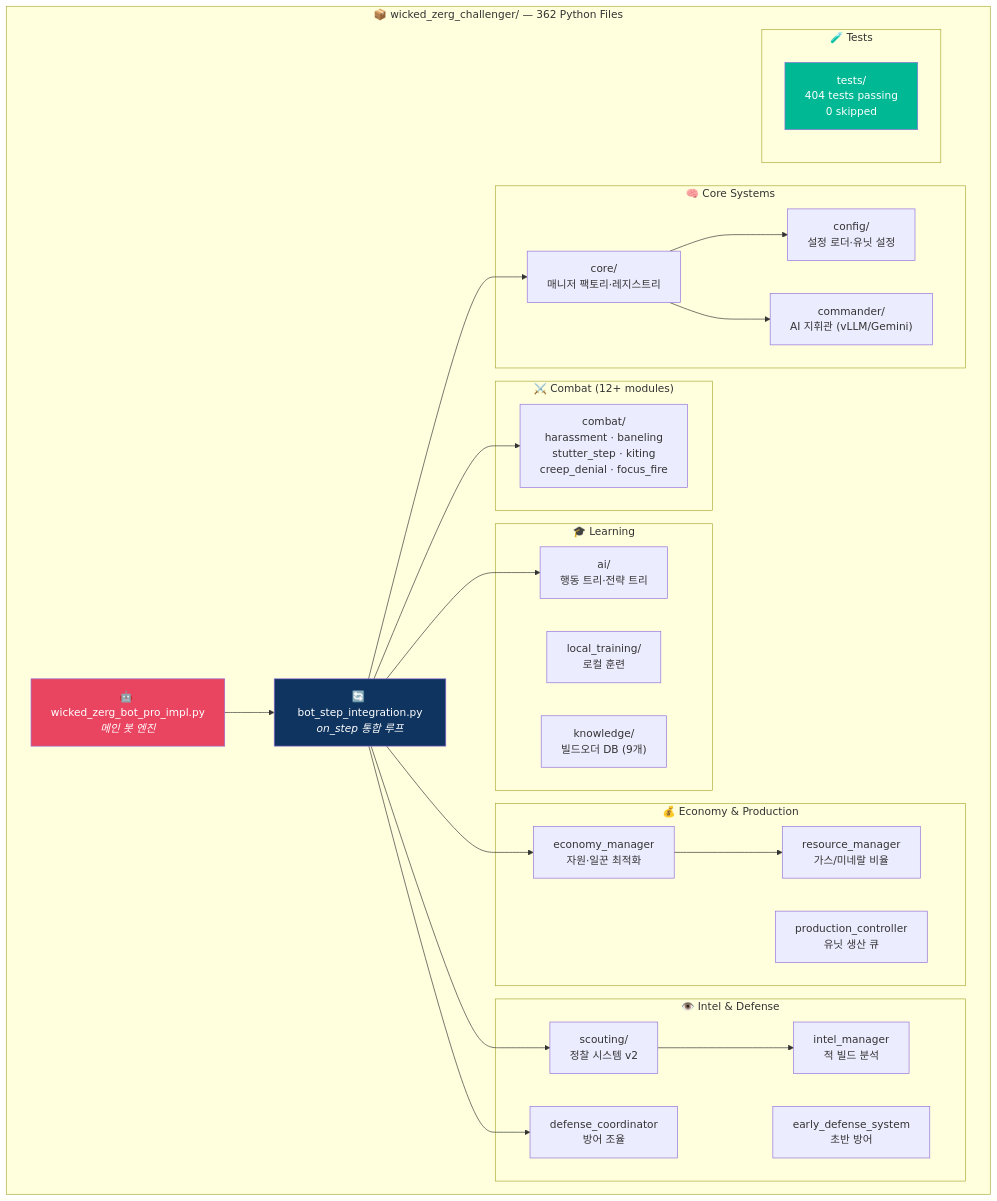
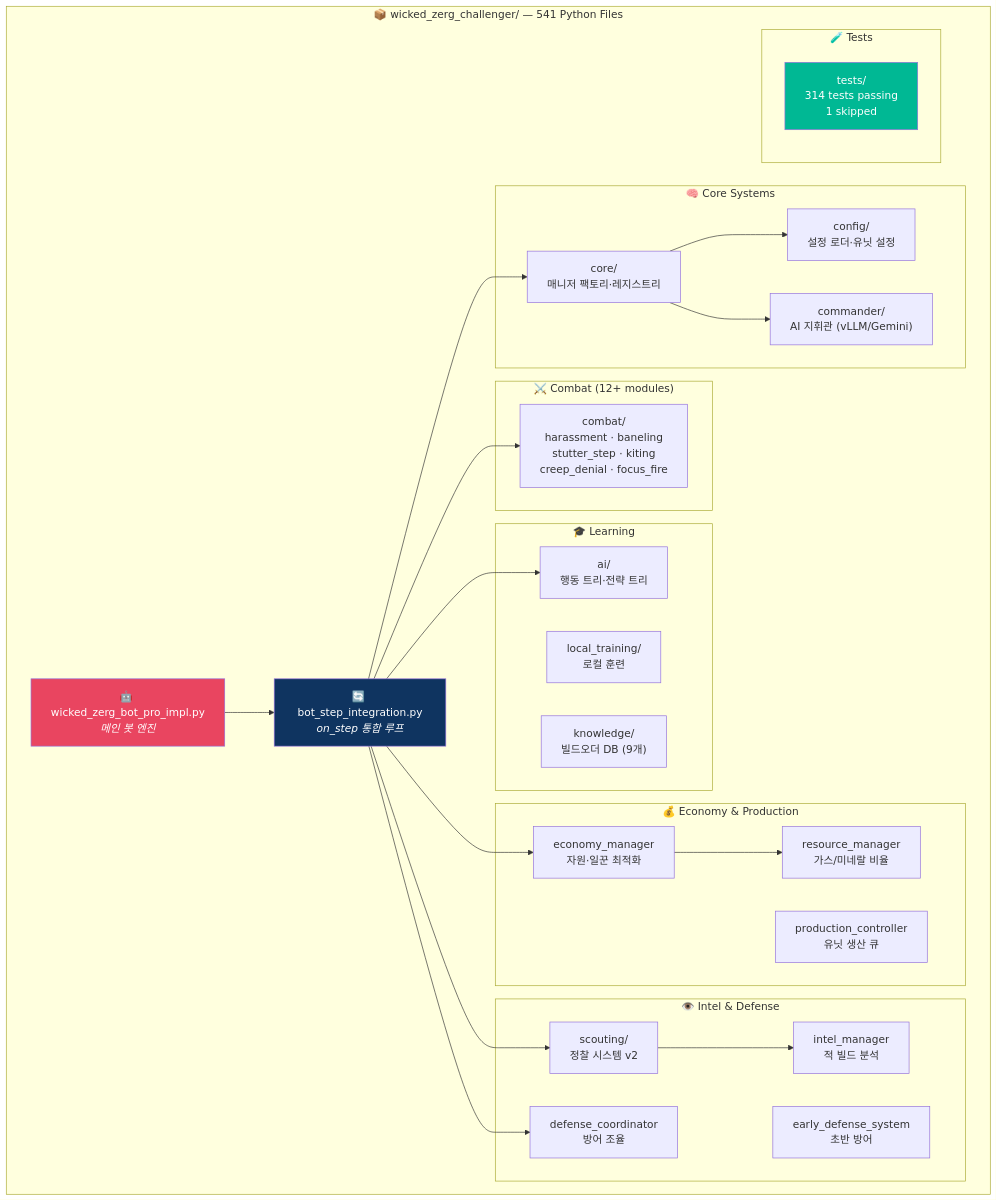
One commit to sun475300-sudo/Swarm-control-in-sc2bot changed diagram 12 of 31 in README.md. Above: the diagram before and after it, drawn with Mermaid. The commit also changed other lines of this file and 3 other files, not shown here.

````diff
--- a/README.md
+++ b/README.md
@@ -395,50 +395,50 @@
 ```mermaid
 graph TB
-    subgraph "📦 wicked_zerg_challenger/ — 362 Python Files"
+    subgraph "📦 wicked_zerg_challenger/ — 541 Python Files"
         MAIN["🤖 wicked_zerg_bot_pro_impl.py<br/><i>메인 봇 엔진</i>"]
         STEP["🔄 bot_step_integration.py<br/><i>on_step 통합 루프</i>"]
 
         subgraph "🧠 Core Systems"
             CORE["core/<br/>매니저 팩토리·레지스트리"]
             CFG["config/<br/>설정 로더·유닛 설정"]
             CMD["commander/<br/>AI 지휘관 (vLLM/Gemini)"]
         end
 
         subgraph "⚔️ Combat (12+ modules)"
             CMB["combat/<br/>harassment · baneling<br/>stutter_step · kiting<br/>creep_denial · focus_fire"]
         end
 
         subgraph "💰 Economy & Production"
             ECO["economy_manager<br/>자원·일꾼 최적화"]
             PRD["production_controller<br/>유닛 생산 큐"]
             RES["resource_manager<br/>가스/미네랄 비율"]
         end
 
         subgraph "👁️ Intel & Defense"
             SCT["scouting/<br/>정찰 시스템 v2"]
             INTL["intel_manager<br/>적 빌드 분석"]
             DEFS["defense_coordinator<br/>방어 조율"]
             EARLY["early_defense_system<br/>초반 방어"]
         end
 
         subgraph "🎓 Learning"
             AI["ai/<br/>행동 트리·전략 트리"]
             TRN["local_training/<br/>로컬 훈련"]
             KB["knowledge/<br/>빌드오더 DB (9개)"]
         end
 
         subgraph "🧪 Tests"
-            TST["tests/<br/>404 tests passing<br/>0 skipped"]
+            TST["tests/<br/>314 tests passing<br/>1 skipped"]
         end
 
         MAIN --> STEP
         STEP --> CORE & CMB & ECO & SCT & DEFS & AI
         CORE --> CFG & CMD
         ECO --> RES
         SCT --> INTL
     end
 
     style MAIN fill:#e94560,color:#fff
     style STEP fill:#0f3460,color:#fff
     style TST fill:#00b894,color:#fff
 ```
````
